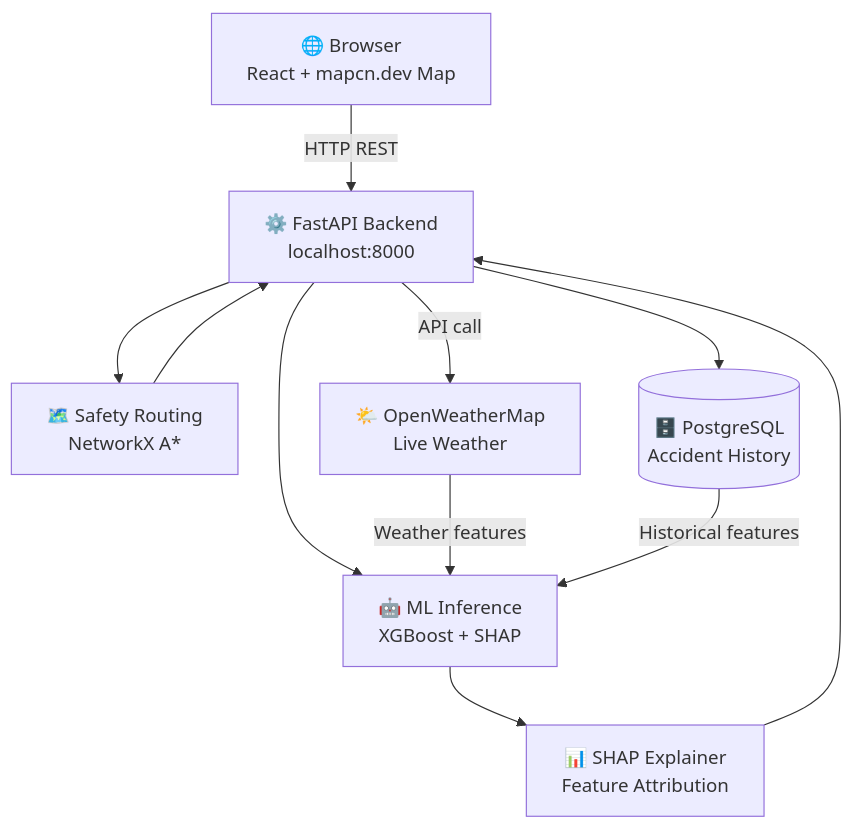
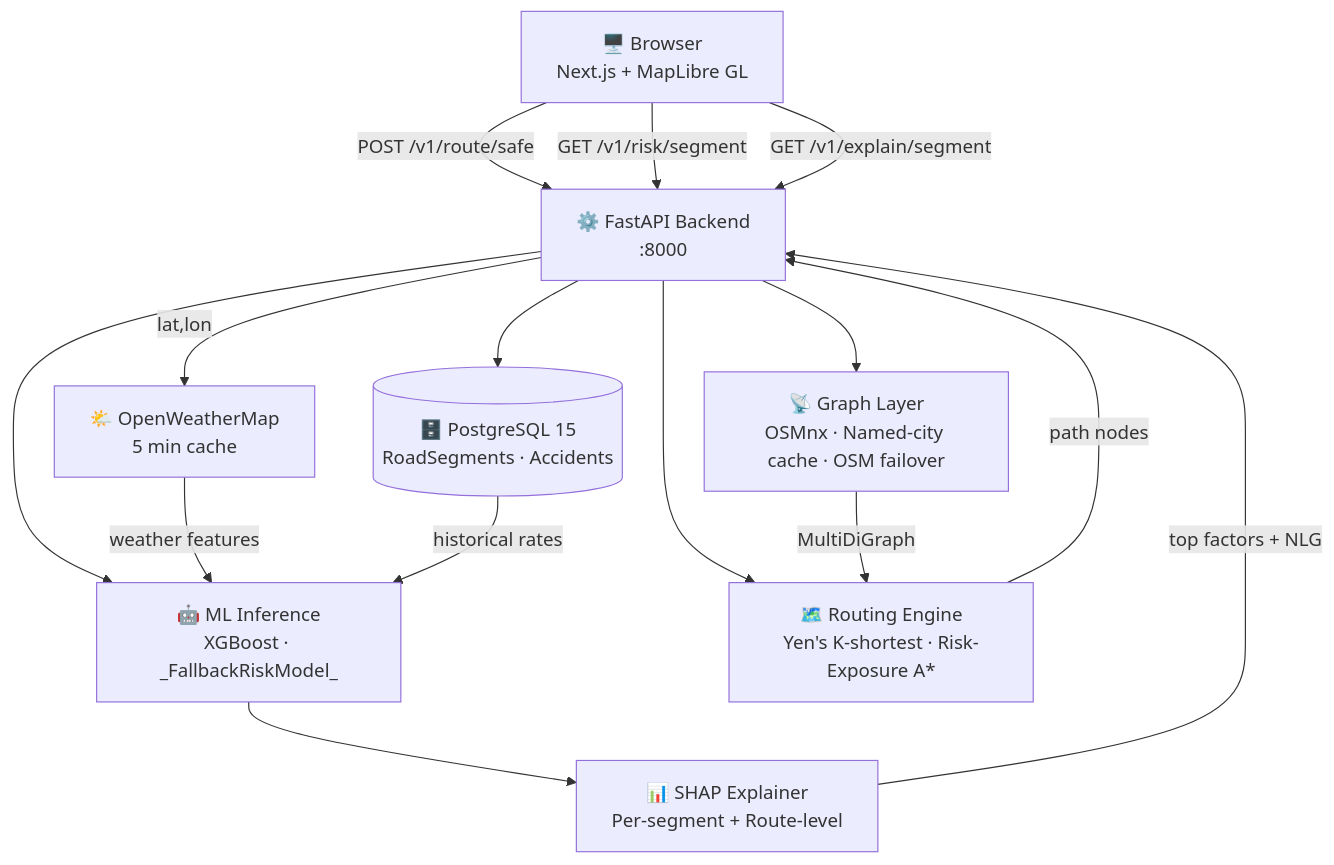
One commit to Chanu716/STRIVE changed the first of 5 diagrams in README.md. Above: the diagram before and after it, drawn with Mermaid. The commit also changed other lines of this file and 1 other file, not shown here.

````diff
--- a/README.md
+++ b/README.md
@@ -75,13 +97,26 @@
 ```mermaid
 flowchart TD
-    A["🌐 Browser\nReact + mapcn.dev Map"] -->|HTTP REST| B["⚙️ FastAPI Backend\nlocalhost:8000"]
-    B --> C["🤖 ML Inference\nXGBoost + SHAP"]
-    B --> D["🗺️ Safety Routing\nNetworkX A*"]
-    B --> E[("🗄️ PostgreSQL\nAccident History")]
-    B -->|API call| F["🌤️ OpenWeatherMap\nLive Weather"]
-    F -->|Weather features| C
-    E -->|Historical features| C
-    C --> G["📊 SHAP Explainer\nFeature Attribution"]
-    G --> B
-    D --> B
+    Browser["🖥️ Browser\nNext.js + MapLibre GL"]
+    API["⚙️ FastAPI Backend\n:8000"]
+    ML["🤖 ML Inference\nXGBoost · _FallbackRiskModel_"]
+    Routing["🗺️ Routing Engine\nYen's K-shortest · Risk-Exposure A*"]
+    Graph["📡 Graph Layer\nOSMnx · Named-city cache · OSM failover"]
+    DB[("🗄️ PostgreSQL 15\nRoadSegments · Accidents")]
+    OWM["🌤️ OpenWeatherMap\n5 min cache"]
+    SHAP["📊 SHAP Explainer\nPer-segment + Route-level"]
+
+    Browser -->|POST /v1/route/safe| API
+    Browser -->|GET /v1/risk/segment| API
+    Browser -->|GET /v1/explain/segment| API
+    API --> ML
+    API --> Routing
+    API --> Graph
+    API --> DB
+    API -->|lat,lon| OWM
+    OWM -->|weather features| ML
+    DB -->|historical rates| ML
+    ML --> SHAP
+    SHAP -->|top factors + NLG| API
+    Routing -->|path nodes| API
+    Graph -->|MultiDiGraph| Routing
 ```
````
